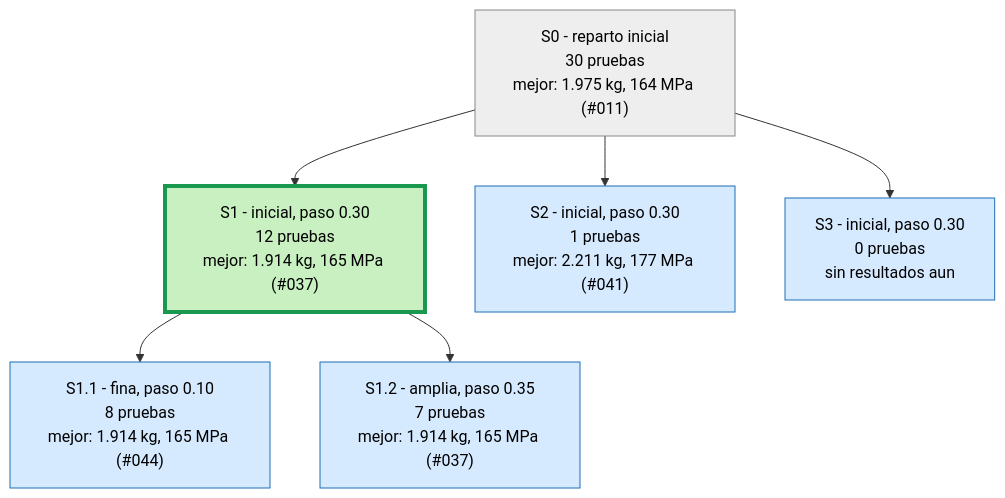
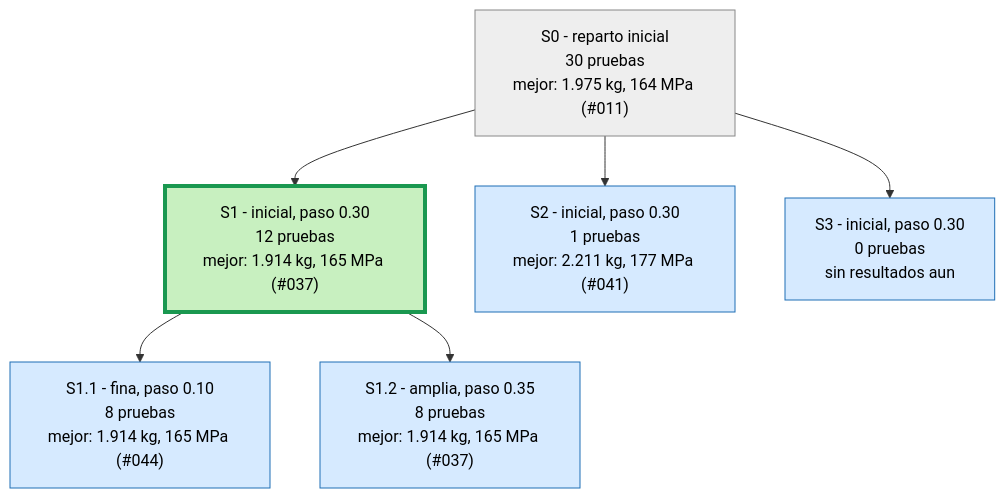
One commit to Hugiko/msd-soporte-optimizacion changed the first of 4 diagrams in runs/opt_37800N/ARBOL.md. Above: the diagram before and after it, drawn with Mermaid. The commit also changed 19 other files, not shown here.

````diff
--- a/runs/opt_37800N/ARBOL.md
+++ b/runs/opt_37800N/ARBOL.md
@@ -9,17 +9,17 @@
 ```mermaid
 graph TD
 classDef activa fill:#d6eaff,stroke:#1f6fb5,color:#000
 classDef fin fill:#eeeeee,stroke:#888,color:#000
 classDef mejor fill:#c8f0c0,stroke:#1a9850,stroke-width:4px,color:#000
 S0["S0 - reparto inicial<br/>30 pruebas<br/>mejor: 1.975 kg, 164 MPa (#011)"]:::fin
 S1["S1 - inicial, paso 0.30<br/>12 pruebas<br/>mejor: 1.914 kg, 165 MPa (#037)"]:::mejor
 S0 --> S1
 S2["S2 - inicial, paso 0.30<br/>1 pruebas<br/>mejor: 2.211 kg, 177 MPa (#041)"]:::activa
 S0 --> S2
 S3["S3 - inicial, paso 0.30<br/>0 pruebas<br/>sin resultados aun"]:::activa
 S0 --> S3
 S1_1["S1.1 - fina, paso 0.10<br/>8 pruebas<br/>mejor: 1.914 kg, 165 MPa (#044)"]:::activa
 S1 --> S1_1
-S1_2["S1.2 - amplia, paso 0.35<br/>7 pruebas<br/>mejor: 1.914 kg, 165 MPa (#037)"]:::activa
+S1_2["S1.2 - amplia, paso 0.35<br/>8 pruebas<br/>mejor: 1.914 kg, 165 MPa (#037)"]:::activa
 S1 --> S1_2
 ```
````
